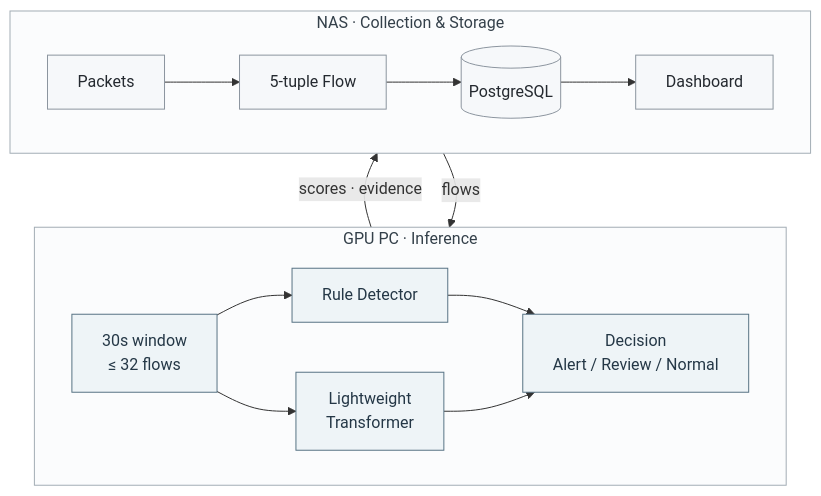
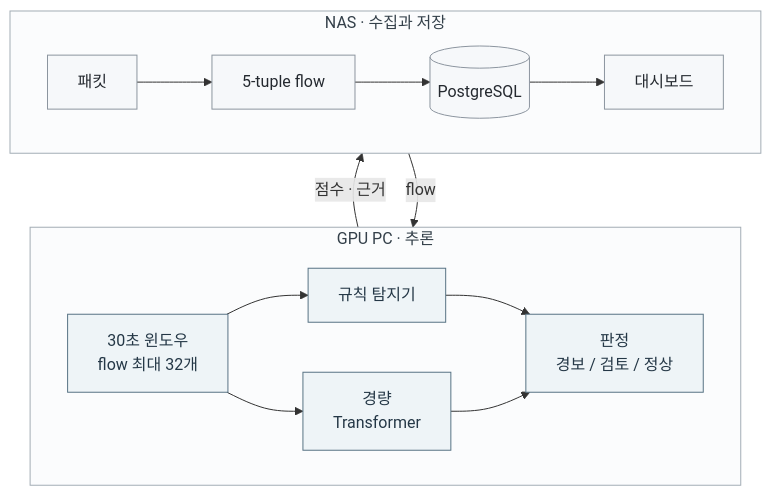
The second of 2 diagrams in README.md (prosild/prosild), drawn with Mermaid before and after one commit. The commit also changed other lines of this file, not shown here.

````diff
--- a/README.md
+++ b/README.md
@@ -129,27 +199,27 @@
 ```mermaid
 flowchart BT
-    subgraph NAS["NAS · Collection & Storage"]
+    subgraph NAS["NAS · 수집과 저장"]
         direction LR
-        A["Packets"] --> B["5-tuple Flow"] --> G[("PostgreSQL")] --> H["Dashboard"]
+        A["패킷"] --> B["5-tuple flow"] --> G[("PostgreSQL")] --> H["대시보드"]
     end
 
-    subgraph PC["GPU PC · Inference"]
+    subgraph PC["GPU PC · 추론"]
         direction LR
-        C["30s window<br/>≤ 32 flows"]
-        D["Rule Detector"]
-        E["Lightweight<br/>Transformer"]
-        F["Decision<br/>Alert / Review / Normal"]
+        C["30초 윈도우<br/>flow 최대 32개"]
+        D["규칙 탐지기"]
+        E["경량<br/>Transformer"]
+        F["판정<br/>경보 / 검토 / 정상"]
         C --> D --> F
         C --> E --> F
     end
 
-    NAS -- flows --> PC
-    PC -- scores · evidence --> NAS
+    NAS -- flow --> PC
+    PC -- 점수 · 근거 --> NAS
 
     classDef nas fill:#f6f8fa,stroke:#8c959f,color:#24292f;
     classDef ml fill:#eef4f7,stroke:#587384,color:#243746;
     class A,B,G,H nas;
     class C,D,E,F ml;
     style NAS fill:#fbfcfd,stroke:#a3adb5,color:#34404a;
     style PC fill:#fbfcfd,stroke:#a3adb5,color:#34404a;
 ```
````
